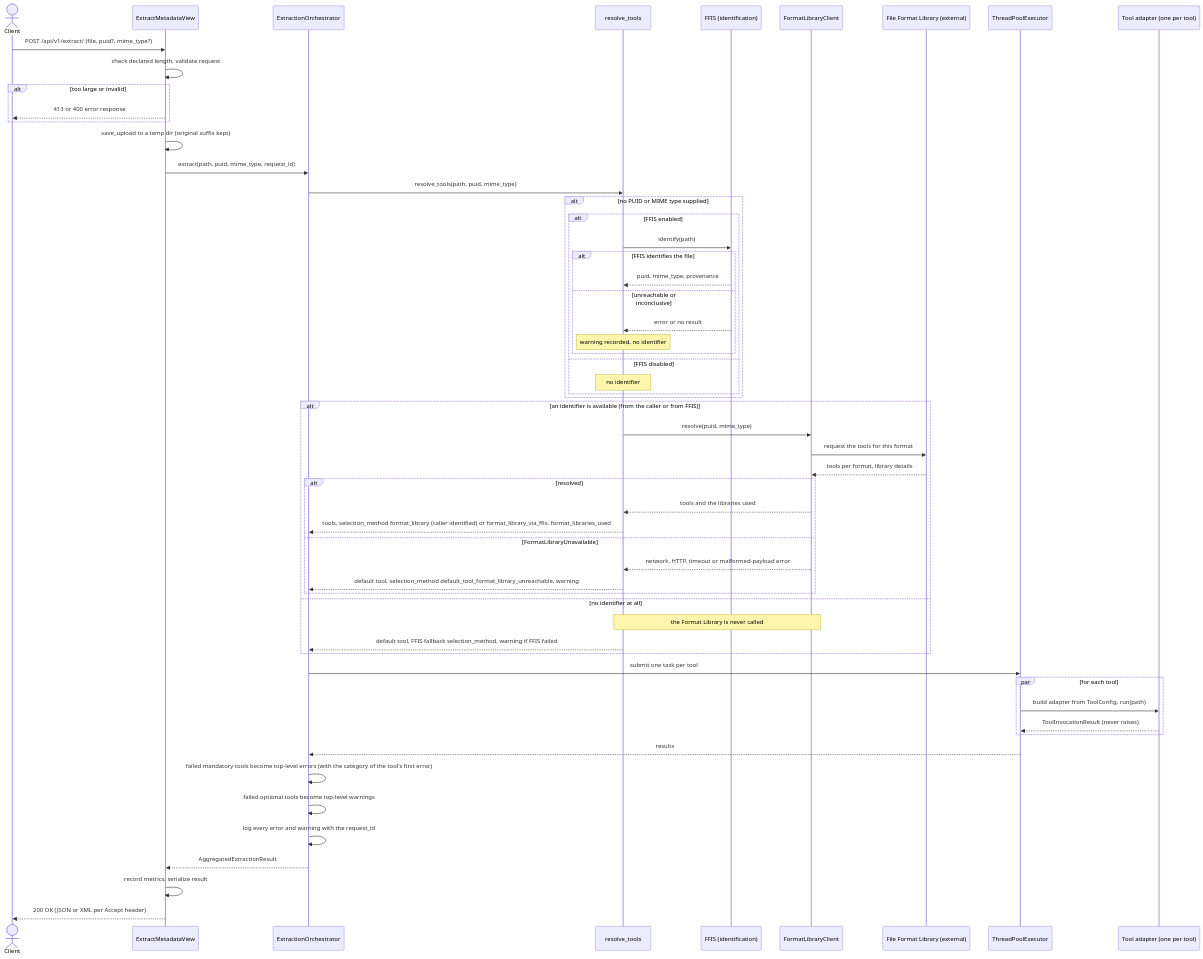
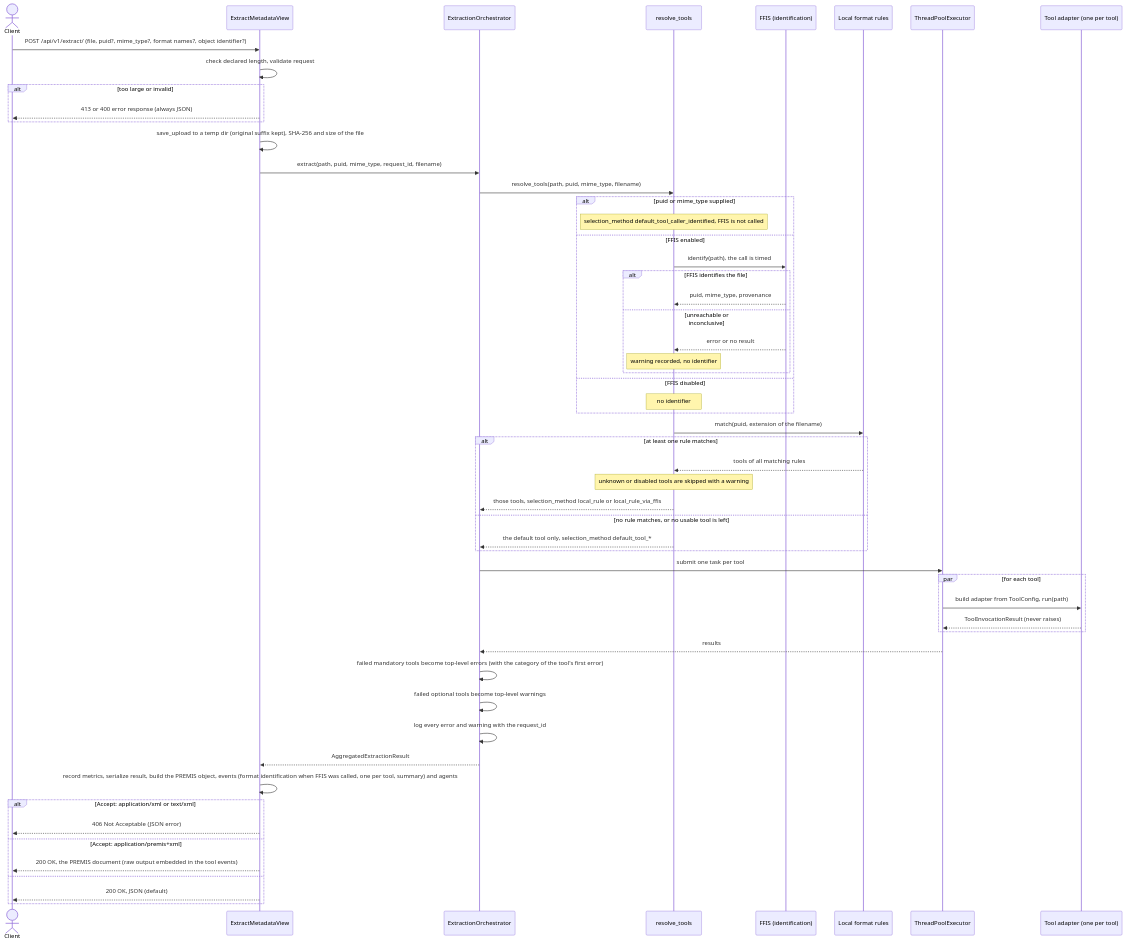
One commit to EOSC-EDEN/metadata-extraction-service changed the first of 5 diagrams in docs/diagrams.md. Above: the diagram before and after it, drawn with Mermaid. The commit also changed other lines of this file and 72 other files, not shown here.

Commit message:
Aligning response with premis

````diff
--- a/docs/diagrams.md
+++ b/docs/diagrams.md
@@ -40,61 +39,59 @@
 ```mermaid
 sequenceDiagram
     actor Client
     participant API as ExtractMetadataView
     participant Orch as ExtractionOrchestrator
     participant Res as resolve_tools
     participant FFIS as FFIS (identification)
-    participant FL as FormatLibraryClient
-    participant Lib as File Format Library (external)
+    participant Rules as Local format rules
     participant Pool as ThreadPoolExecutor
     participant Adapter as Tool adapter (one per tool)
 
-    Client->>API: POST /api/v1/extract/ (file, puid?, mime_type?)
+    Client->>API: POST /api/v1/extract/ (file, puid?, mime_type?, format names?, object identifier?)
     API->>API: check declared length, validate request
     alt too large or invalid
-        API-->>Client: 413 or 400 error response
+        API-->>Client: 413 or 400 error response (always JSON)
     end
-    API->>API: save_upload to a temp dir (original suffix kept)
-    API->>Orch: extract(path, puid, mime_type, request_id)
-    Orch->>Res: resolve_tools(path, puid, mime_type)
-    alt no PUID or MIME type supplied
-        alt FFIS enabled
-            Res->>FFIS: identify(path)
-            alt FFIS identifies the file
-                FFIS-->>Res: puid, mime_type, provenance
-            else unreachable or inconclusive
-                FFIS-->>Res: error or no result
-                note over Res: warning recorded, no identifier
-            end
-        else FFIS disabled
-            note over Res: no identifier
+    API->>API: save_upload to a temp dir (original suffix kept), SHA-256 and size of the file
+    API->>Orch: extract(path, puid, mime_type, request_id, filename)
+    Orch->>Res: resolve_tools(path, puid, mime_type, filename)
+    alt puid or mime_type supplied
+        note over Res: selection_method default_tool_caller_identified, FFIS is not called
+    else FFIS enabled
+        Res->>FFIS: identify(path), the call is timed
+        alt FFIS identifies the file
+            FFIS-->>Res: puid, mime_type, provenance
+        else unreachable or inconclusive
+            FFIS-->>Res: error or no result
+            note over Res: warning recorded, no identifier
         end
+    else FFIS disabled
+        note over Res: no identifier
     end
-    alt an identifier is available (from the caller or from FFIS)
-        Res->>FL: resolve(puid, mime_type)
-        FL->>Lib: request the tools for this format
-        Lib-->>FL: tools per format, library details
-        alt resolved
-            FL-->>Res: tools and the libraries used
-            Res-->>Orch: tools, selection_method format_library (caller identified) or format_library_via_ffis, format_libraries_used
-        else FormatLibraryUnavailable
-            FL-->>Res: network, HTTP, timeout or malformed-payload error
-            Res-->>Orch: default tool, selection_method default_tool_format_library_unreachable, warning
-        end
-    else no identifier at all
-        note over Res,FL: the Format Library is never called
-        Res-->>Orch: default tool, FFIS fallback selection_method, warning if FFIS failed
+    Res->>Rules: match(puid, extension of the filename)
+    alt at least one rule matches
+        Rules-->>Res: tools of all matching rules
+        note over Res: unknown or disabled tools are skipped with a warning
+        Res-->>Orch: those tools, selection_method local_rule or local_rule_via_ffis
+    else no rule matches, or no usable tool is left
+        Res-->>Orch: the default tool only, selection_method default_tool_*
     end
     Orch->>Pool: submit one task per tool
     par for each tool
         Pool->>Adapter: build adapter from ToolConfig, run(path)
         Adapter-->>Pool: ToolInvocationResult (never raises)
     end
     Pool-->>Orch: results
     Orch->>Orch: failed mandatory tools become top-level errors (with the category of the tool's first error)
     Orch->>Orch: failed optional tools become top-level warnings
     Orch->>Orch: log every error and warning with the request_id
     Orch-->>API: AggregatedExtractionResult
-    API->>API: record metrics, serialize result
-    API-->>Client: 200 OK (JSON or XML per Accept header)
+    API->>API: record metrics, serialize result, build the PREMIS object, events (format identification when FFIS was called, one per tool, summary) and agents
+    alt Accept: application/xml or text/xml
+        API-->>Client: 406 Not Acceptable (JSON error)
+    else Accept: application/premis+xml
+        API-->>Client: 200 OK, the PREMIS document (raw output embedded in the tool events)
+    else
+        API-->>Client: 200 OK, JSON (default)
+    end
 ```
````
